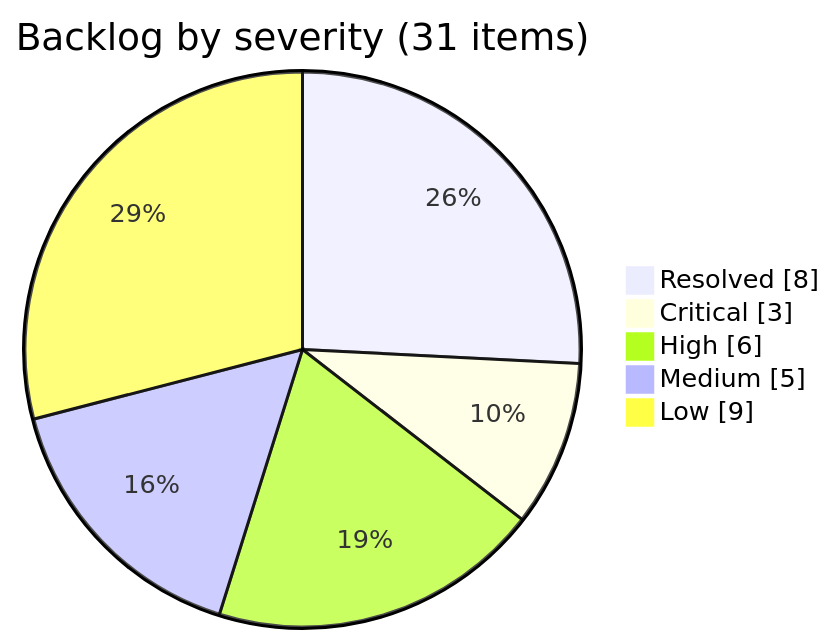
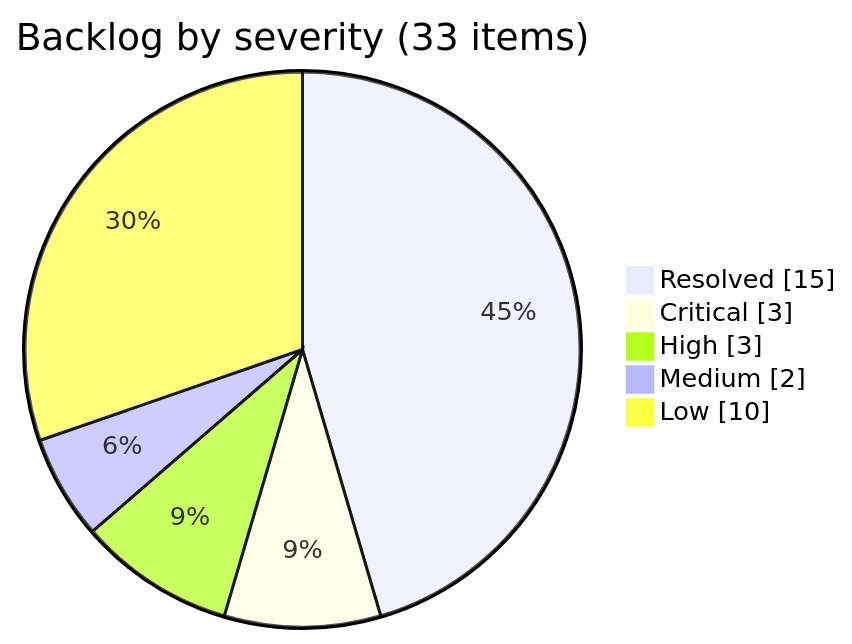
The second of 3 diagrams in project_analysis.md (anurag-joshi-1403/StudentManagementSystem), drawn with Mermaid before and after one commit. The commit also changed other lines of this file, not shown here.

````diff
--- a/project_analysis.md
+++ b/project_analysis.md
@@ -378,9 +381,9 @@
 ```mermaid
 pie showData
-    title Backlog by severity (31 items)
-    "Resolved" : 8
+    title Backlog by severity (33 items)
+    "Resolved" : 15
     "Critical" : 3
-    "High" : 6
-    "Medium" : 5
-    "Low" : 9
+    "High" : 3
+    "Medium" : 2
+    "Low" : 10
 ```
````
